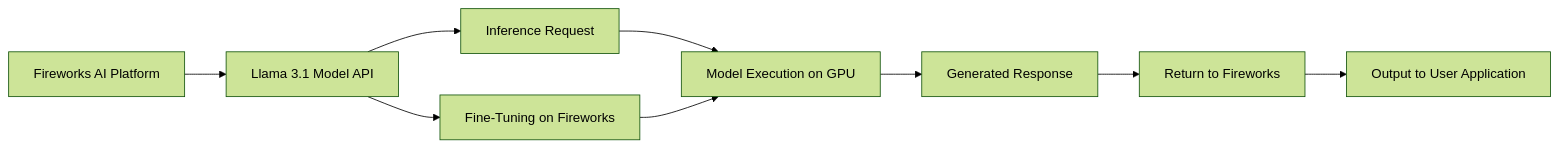
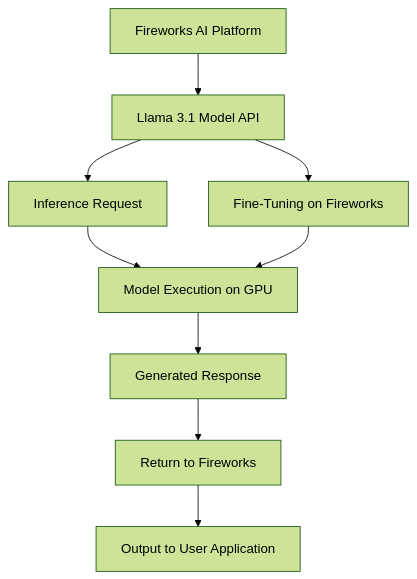
One commit to nicolad/vadim.blog changed the third of 4 diagrams in blog/fireworks-ai-llama-integration.md. Above: the diagram before and after it, drawn with Mermaid (forest theme). The commit also changed other lines of this file, not shown here.

Commit message:
Small improvement.

````diff
--- a/blog/fireworks-ai-llama-integration.md
+++ b/blog/fireworks-ai-llama-integration.md
@@ -71,11 +71,11 @@
 ```mermaid
-graph LR
+graph TD
     A[Fireworks AI Platform] --> B[Llama 3.1 Model API]
     B --> C[Inference Request]
     C --> D[Model Execution on GPU]
     D --> E[Generated Response]
     E --> F[Return to Fireworks]
     F --> G[Output to User Application]
     B --> H[Fine-Tuning on Fireworks]
     H --> D
 ```
````
